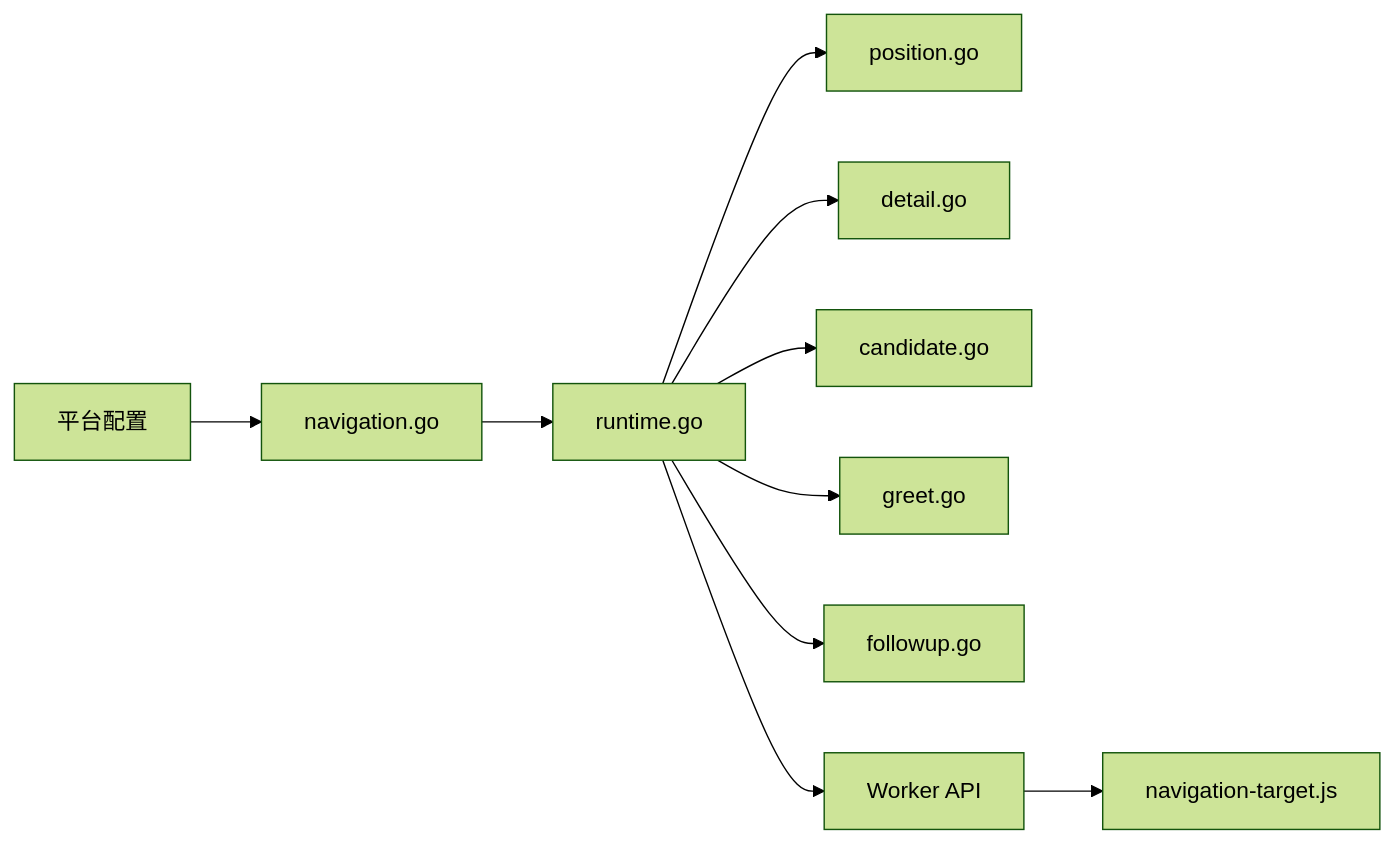
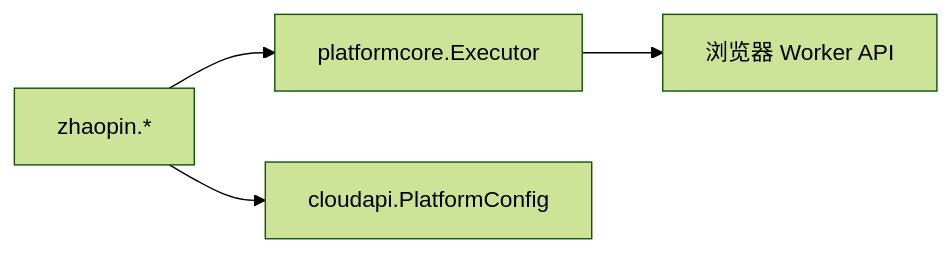
Before and after one commit to alvinwangzi/goodhr: the sixth of 6 diagrams in .qoder/repowiki/zh/content/本地执行器/平台适配器/智联招聘适配器/页面导航.md, drawn with Mermaid (forest theme). The commit also changed other lines of this file and 149 other files, not shown here.

````diff
--- a/.qoder/repowiki/zh/content/本地执行器/平台适配器/智联招聘适配器/页面导航.md
+++ b/.qoder/repowiki/zh/content/本地执行器/平台适配器/智联招聘适配器/页面导航.md
@@ -317,12 +329,6 @@
 ```mermaid
 graph LR
-CFG["平台配置"] --> NP["navigation.go"]
-NP --> RT["runtime.go"]
-RT --> POS["position.go"]
-RT --> DET["detail.go"]
-RT --> CAND["candidate.go"]
-RT --> GRT["greet.go"]
-RT --> FUP["followup.go"]
-RT --> WAPI["Worker API"]
-WAPI --> NT["navigation-target.js"]
+ZP["zhaopin.*"] --> PC["platformcore.Executor"]
+ZP --> CFG["cloudapi.PlatformConfig"]
+PC --> WK["浏览器 Worker API"]
 ```
````
